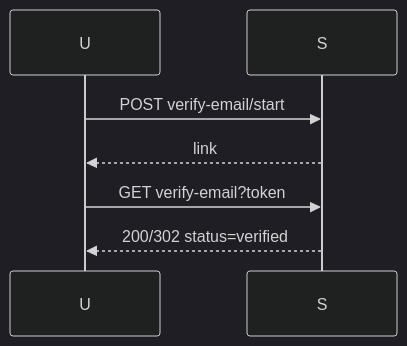
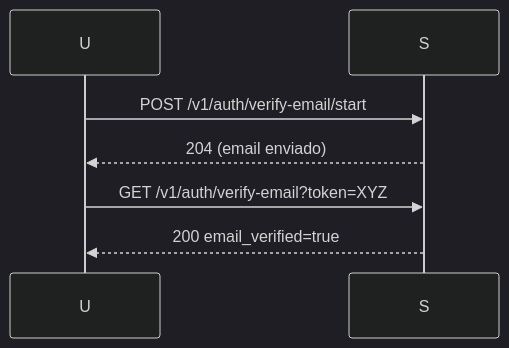
Before and after one commit to dropDatabas3/hellojohn: the seventh of 9 diagrams in README.md, drawn with Mermaid (dark theme). The commit also changed other lines of this file and 30 other files, not shown here.

````diff
--- a/README.md
+++ b/README.md
@@ -199,7 +162,7 @@
 ```mermaid
 sequenceDiagram
-U->>S: POST verify-email/start
-S-->>U: link
-U->>S: GET verify-email?token
-S-->>U: 200/302 status=verified
+U->>S: POST /v1/auth/verify-email/start
+S-->>U: 204 (email enviado)
+U->>S: GET /v1/auth/verify-email?token=XYZ
+S-->>U: 200 email_verified=true
 ```
````
